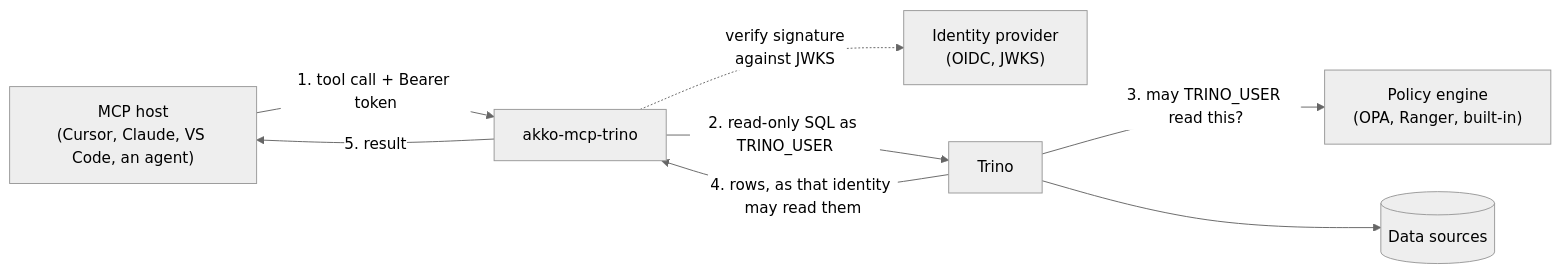
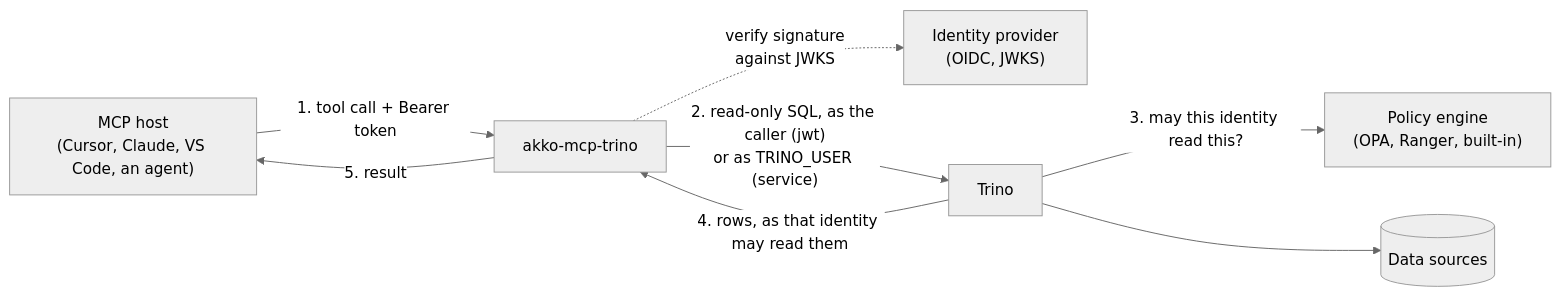
Before and after one commit to AKKO-p/akko-mcp-trino: the first of 2 diagrams in README.md, drawn with Mermaid (neutral theme). The commit also changed other lines of this file and 13 other files, not shown here.

First line of the commit message:
Identity mode jwt: the caller's verified token sent to Trino

````diff
--- a/README.md
+++ b/README.md
@@ -76,17 +79,17 @@
 ```mermaid
 flowchart LR
     Host["MCP host<br/>(Cursor, Claude, VS Code, an agent)"]
     IdP["Identity provider<br/>(OIDC, JWKS)"]
     Server["akko-mcp-trino"]
     Trino["Trino"]
     Policy["Policy engine<br/>(OPA, Ranger, built-in)"]
     Data[("Data sources")]
 
     Host -- "1. tool call + Bearer token" --> Server
     Server -. "verify signature<br/>against JWKS" .-> IdP
-    Server -- "2. read-only SQL as TRINO_USER" --> Trino
-    Trino -- "3. may TRINO_USER read this?" --> Policy
+    Server -- "2. read-only SQL, as the caller (jwt)<br/>or as TRINO_USER (service)" --> Trino
+    Trino -- "3. may this identity read this?" --> Policy
     Trino -- "4. rows, as that identity may read them" --> Server
     Server -- "5. result" --> Host
     Trino --> Data
 ```
````
